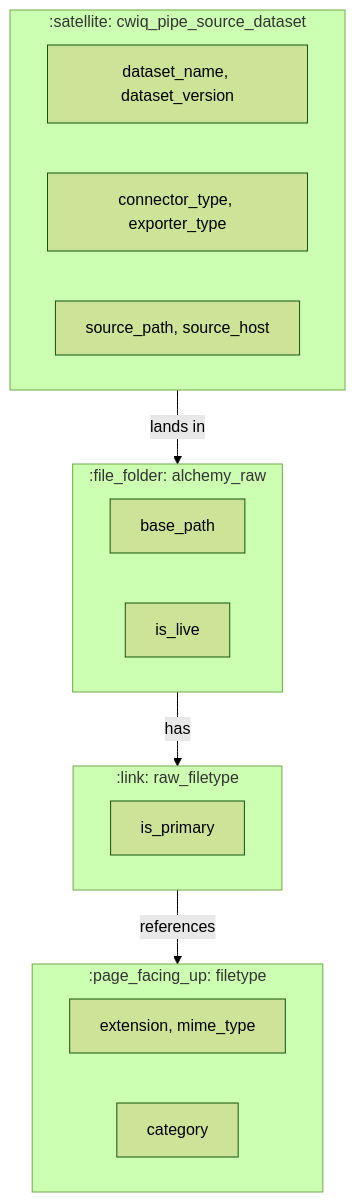
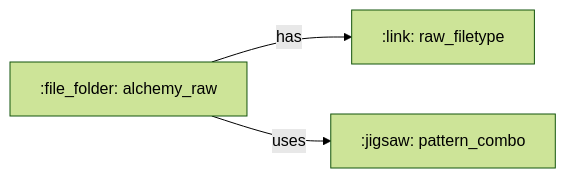
Before and after one commit to ThanuMahee12/AgentContext: diagram 11 of 22 in docs/brainstorms/investigation-db.md, drawn with Mermaid (forest theme). The commit also changed other lines of this file, not shown here.

````diff
--- a/docs/brainstorms/investigation-db.md
+++ b/docs/brainstorms/investigation-db.md
@@ -185,26 +275,5 @@
 ```mermaid
-flowchart TB
-    subgraph Source[":satellite: cwiq_pipe_source_dataset"]
-        DS1["dataset_name, dataset_version"]
-        DS2["connector_type, exporter_type"]
-        DS3["source_path, source_host"]
-    end
-
-    subgraph Raw[":file_folder: alchemy_raw"]
-        R1["base_path"]
-        R2["is_live"]
-    end
-
-    subgraph FT[":page_facing_up: filetype"]
-        FT1["extension, mime_type"]
-        FT2["category"]
-    end
-
-    subgraph RFT[":link: raw_filetype"]
-        RFT1["is_primary"]
-    end
-
-    Source -->|lands in| Raw
-    Raw -->|has| RFT
-    RFT -->|references| FT
+flowchart LR
+    R[":file_folder: alchemy_raw"] -->|has| RFT[":link: raw_filetype"]
+    R -->|uses| PC[":jigsaw: pattern_combo"]
 ```
````
